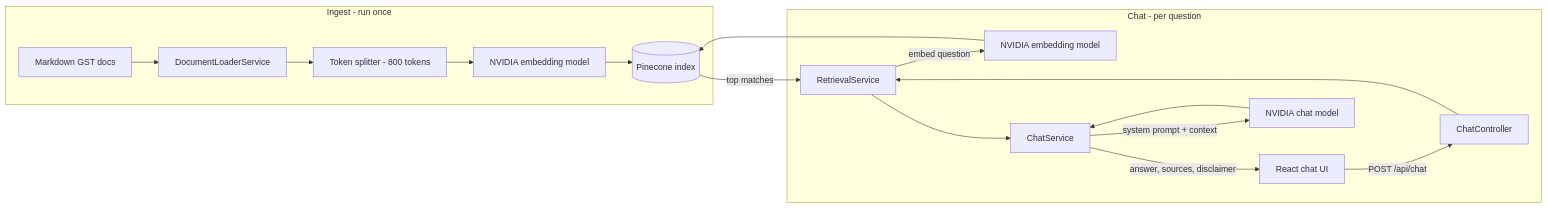
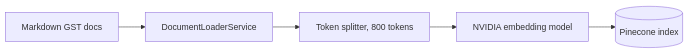
One commit to smitroy4/GST-Sutra changed the first of 3 diagrams in README.md. Above: the diagram before and after it, drawn with Mermaid. The commit also changed other lines of this file, not shown here.

````diff
--- a/README.md
+++ b/README.md
@@ -27,21 +108,7 @@
 ```mermaid
 flowchart LR
-    subgraph Ingest [Ingest - run once]
-        MD[Markdown GST docs] --> L[DocumentLoaderService]
-        L --> S[Token splitter - 800 tokens]
-        S --> E1[NVIDIA embedding model]
-        E1 --> P[(Pinecone index)]
-    end
-
-    subgraph Chat [Chat - per question]
-        U[React chat UI] -->|POST /api/chat| C[ChatController]
-        C --> R[RetrievalService]
-        R -->|embed question| E2[NVIDIA embedding model]
-        E2 --> P
-        P -->|top matches| R
-        R --> CS[ChatService]
-        CS -->|system prompt + context| LLM[NVIDIA chat model]
-        LLM --> CS
-        CS -->|answer, sources, disclaimer| U
-    end
+    MD[Markdown GST docs] --> L[DocumentLoaderService]
+    L --> S[Token splitter, 800 tokens]
+    S --> E1[NVIDIA embedding model]
+    E1 --> P[(Pinecone index)]
 ```
````
